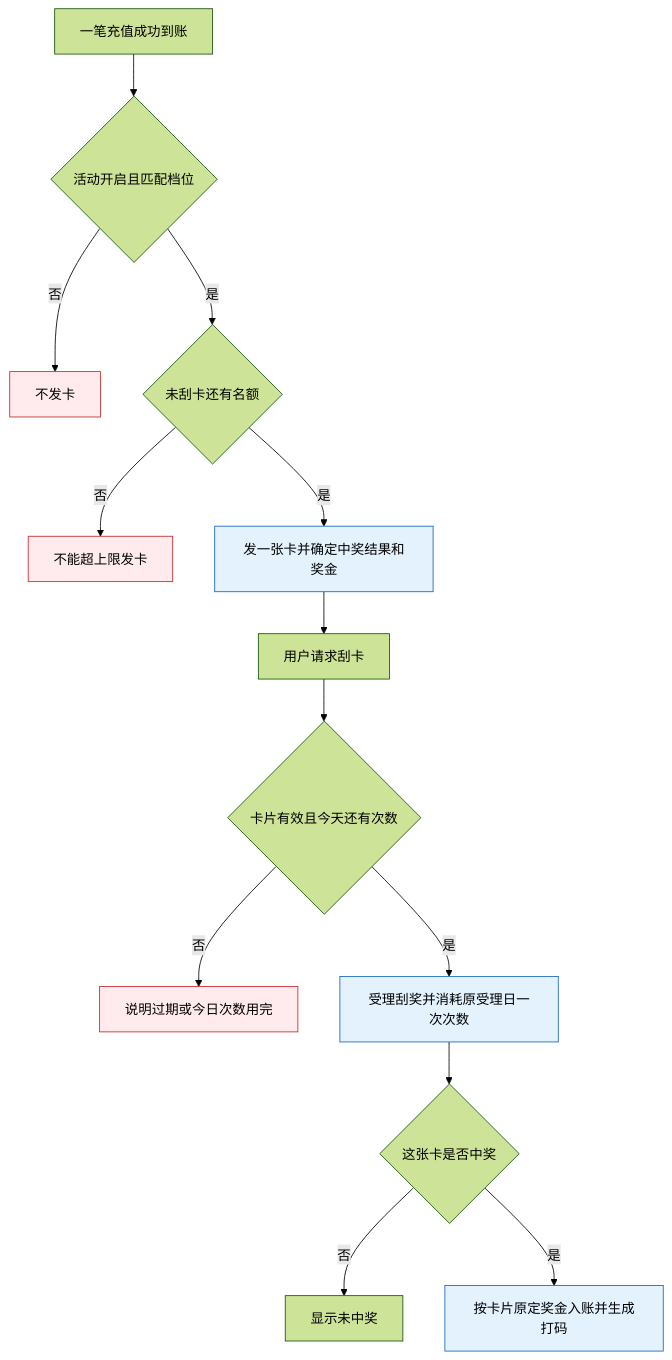
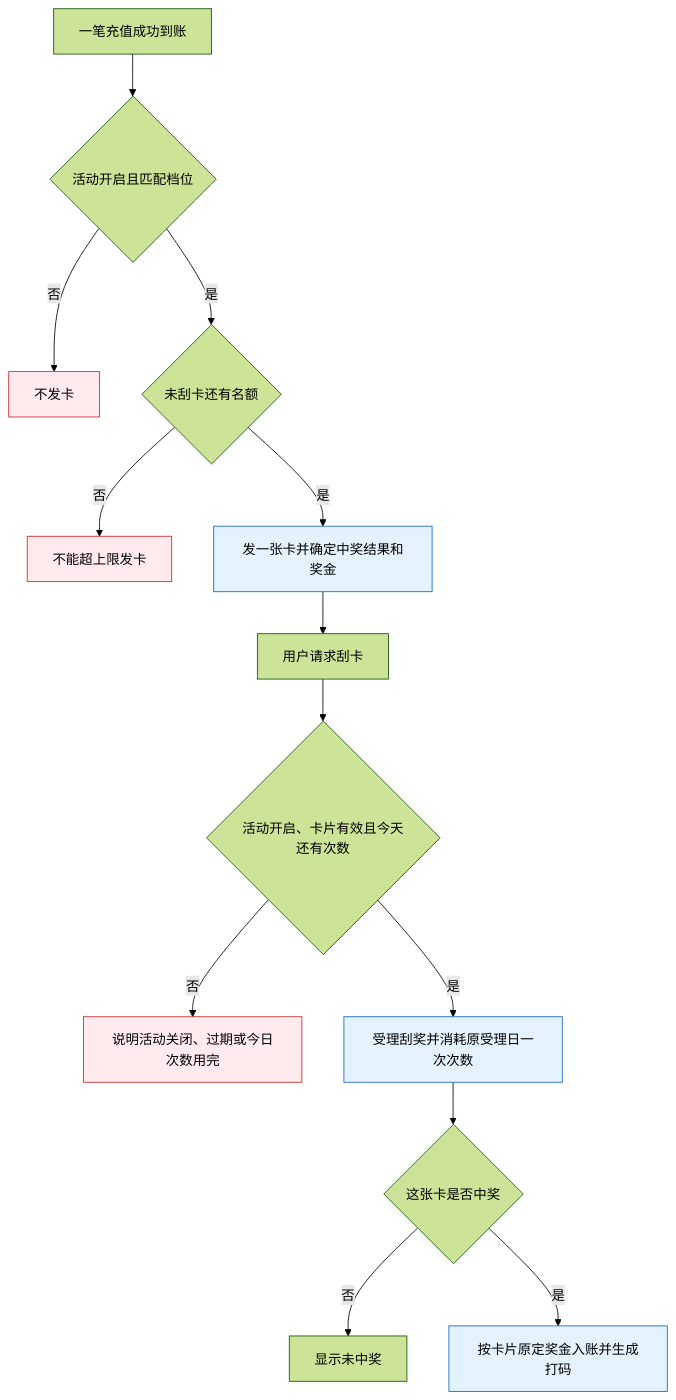
The diagram in M4-活动管理/4.4-刮刮乐/README.md (bingo-lab-1/bingo-figma), drawn with Mermaid (forest theme) before and after one commit. The commit also changed other lines of this file and 2 other files, not shown here.

````diff
--- a/M4-活动管理/4.4-刮刮乐/README.md
+++ b/M4-活动管理/4.4-刮刮乐/README.md
@@ -111,19 +111,19 @@
 ```mermaid
 flowchart TD
     A[一笔充值成功到账] --> B{活动开启且匹配档位}
     B -->|否| C[不发卡]
     B -->|是| D{未刮卡还有名额}
     D -->|否| E[不能超上限发卡]
     D -->|是| F[发一张卡并确定中奖结果和奖金]
     F --> G[用户请求刮卡]
-    G --> H{卡片有效且今天还有次数}
-    H -->|否| I[说明过期或今日次数用完]
+    G --> H{活动开启、卡片有效且今天还有次数}
+    H -->|否| I[说明活动关闭、过期或今日次数用完]
     H -->|是| J[受理刮奖并消耗原受理日一次次数]
     J --> K{这张卡是否中奖}
     K -->|否| L[显示未中奖]
     K -->|是| M[按卡片原定奖金入账并生成打码]
     classDef normal fill:#E3F2FD,stroke:#1565C0
     classDef stop fill:#FFEBEE,stroke:#C62828
     class F,J,M normal
     class C,E,I stop
 ```
````
